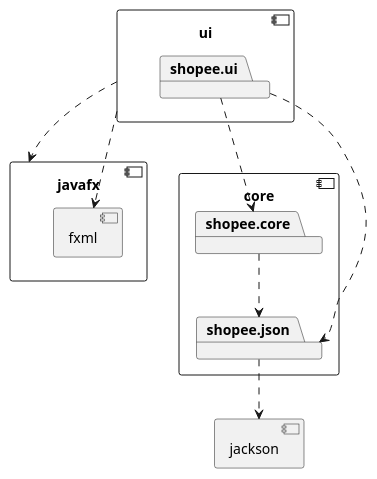
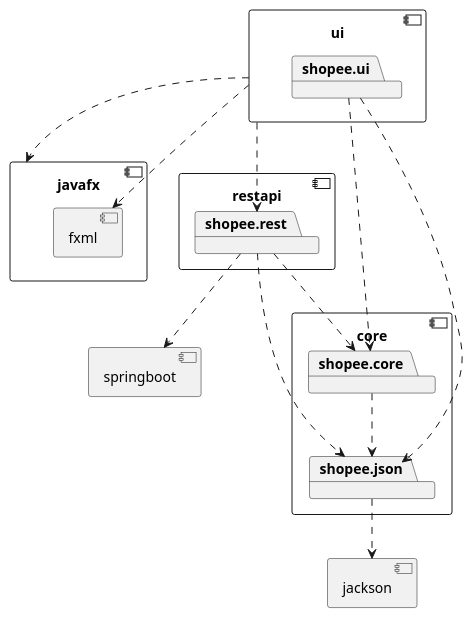
Before and after one commit to unemstimo/Shopee: the diagram in diagrams/package.plantuml, drawn with PlantUML.

Commit message:
Updated the Package diagram. Might need minor changes when project is done

```diff
--- a/diagrams/package.plantuml
+++ b/diagrams/package.plantuml
@@ -1,37 +1,49 @@
 @startuml Shopee
 
 ' Pakkediagram som viser de ulike pakkene som ligger i de 
 ' ulike modulene og hvilke pakker som ligger i dem.
 ' Litt usikker på strukturen, og her må vi endre på 
 ' mappestrukturen i prosjektet for at dette diagrammet skal
 ' funke.
 
+component ui {
+    package shopee.ui
+}
 
 component core{
     package shopee.core
     package shopee.json
 }
 
-shopee.core ..> shopee.json
-
 component jackson {
-}
-
-shopee.json ..> jackson
-
-component ui {
-    package shopee.ui
 }
 
 component javafx {
     component fxml {
 
     }
 }
 
+component restapi {
+    package shopee.rest {
+
+    }
+}
+
+component springboot {
+}
+
+
+
+shopee.ui ..> shopee.core
 ui ..> javafx
 ui ..> fxml
-shopee.ui ..> shopee.core
+shopee.core ..> shopee.json
+shopee.json ..> jackson
+shopee.rest ..> springboot
+shopee.rest ..> shopee.core
+shopee.rest ..> shopee.json
+ui ..> shopee.rest 
 shopee.ui ..> shopee.json
 
 @enduml
```
